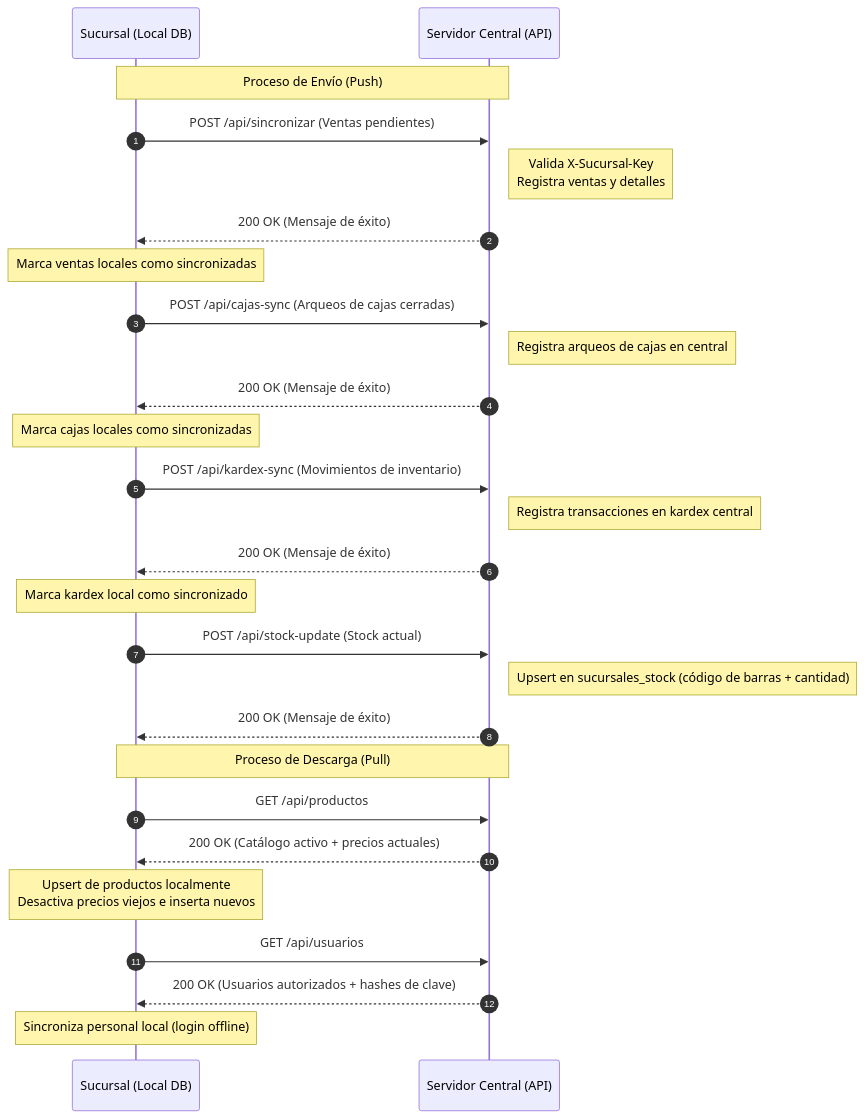
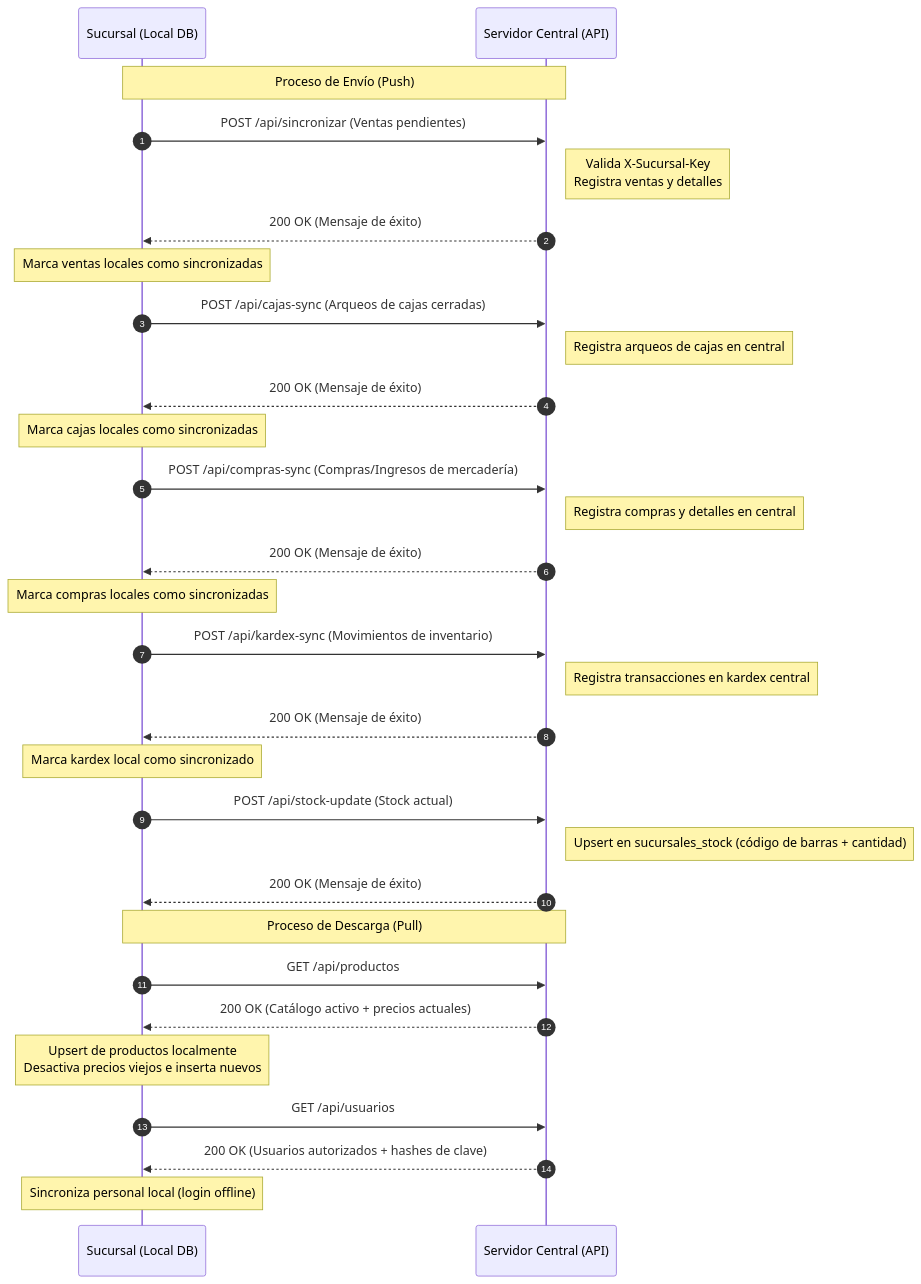
Before and after one commit to DennisCa-UNJBG/MiniMarket-APP: the diagram in AYUDA-MD/analisis_sincronizacion.md, drawn with Mermaid. The commit also changed other lines of this file and 7 other files, not shown here.

Commit message:
Sincronización de Compras/Ingresos hacia la Sede Central

````diff
--- a/AYUDA-MD/analisis_sincronizacion.md
+++ b/AYUDA-MD/analisis_sincronizacion.md
@@ -11,35 +11,40 @@
 ```mermaid
 sequenceDiagram
     autonumber
     participant Sucursal as Sucursal (Local DB)
     participant Central as Servidor Central (API)
 
     Note over Sucursal, Central: Proceso de Envío (Push)
     Sucursal->>Central: POST /api/sincronizar (Ventas pendientes)
     Note right of Central: Valida X-Sucursal-Key<br/>Registra ventas y detalles
     Central-->>Sucursal: 200 OK (Mensaje de éxito)
     Note over Sucursal: Marca ventas locales como sincronizadas
 
     Sucursal->>Central: POST /api/cajas-sync (Arqueos de cajas cerradas)
     Note right of Central: Registra arqueos de cajas en central
     Central-->>Sucursal: 200 OK (Mensaje de éxito)
     Note over Sucursal: Marca cajas locales como sincronizadas
+
+    Sucursal->>Central: POST /api/compras-sync (Compras/Ingresos de mercadería)
+    Note right of Central: Registra compras y detalles en central
+    Central-->>Sucursal: 200 OK (Mensaje de éxito)
+    Note over Sucursal: Marca compras locales como sincronizadas
 
     Sucursal->>Central: POST /api/kardex-sync (Movimientos de inventario)
     Note right of Central: Registra transacciones en kardex central
     Central-->>Sucursal: 200 OK (Mensaje de éxito)
     Note over Sucursal: Marca kardex local como sincronizado
 
     Sucursal->>Central: POST /api/stock-update (Stock actual)
     Note right of Central: Upsert en sucursales_stock (código de barras + cantidad)
     Central-->>Sucursal: 200 OK (Mensaje de éxito)
 
     Note over Sucursal, Central: Proceso de Descarga (Pull)
     Sucursal->>Central: GET /api/productos
     Central-->>Sucursal: 200 OK (Catálogo activo + precios actuales)
     Note over Sucursal: Upsert de productos localmente<br/>Desactiva precios viejos e inserta nuevos
 
     Sucursal->>Central: GET /api/usuarios
     Central-->>Sucursal: 200 OK (Usuarios autorizados + hashes de clave)
     Note over Sucursal: Sincroniza personal local (login offline)
 ```
````
